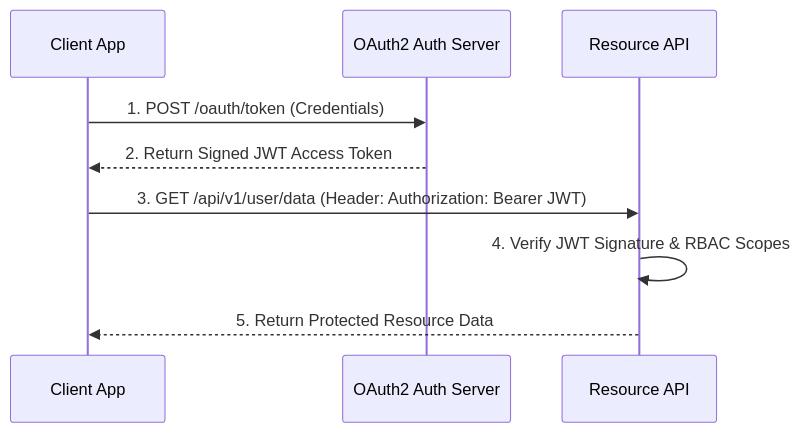
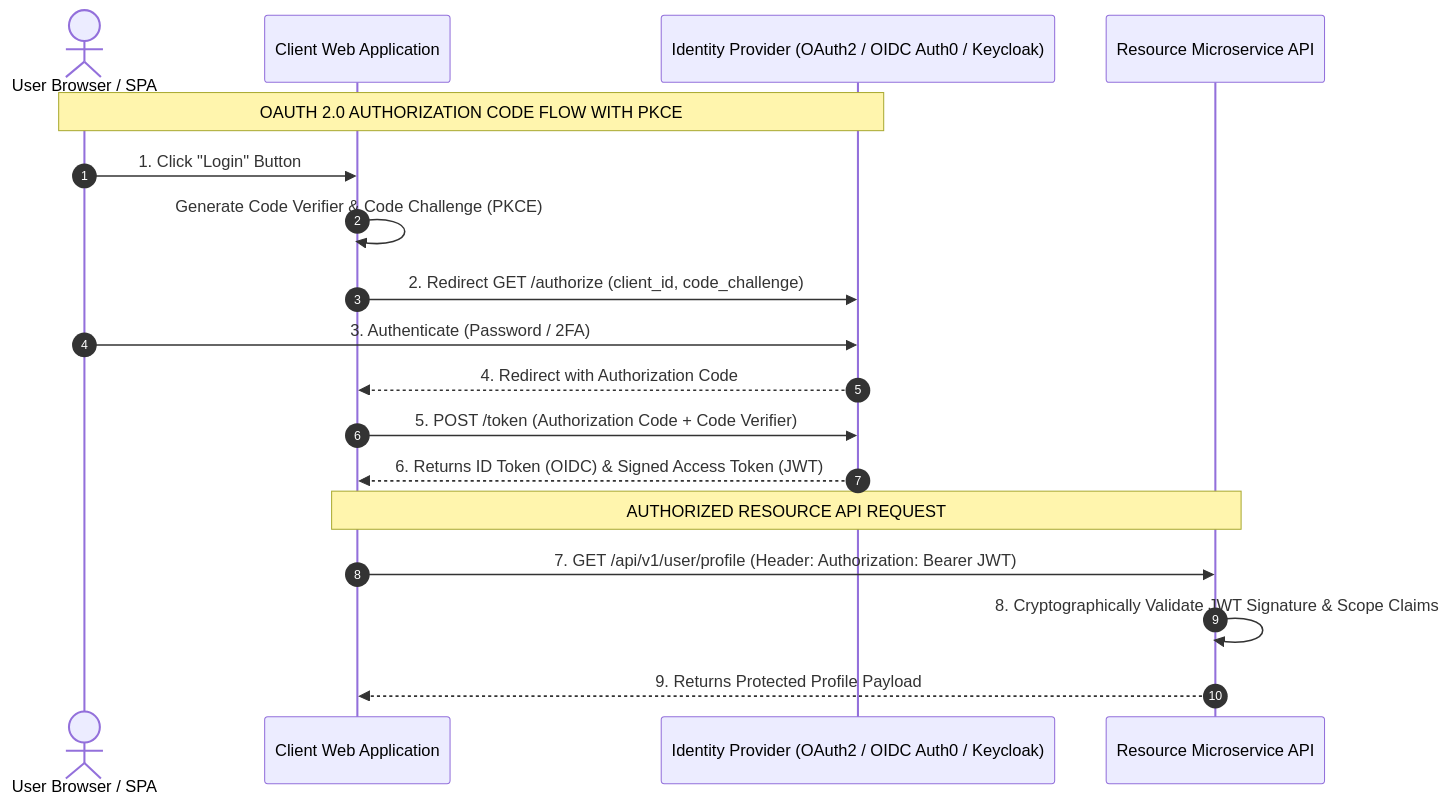
Before and after one commit to Amie-dev/engineering-playbook: the first of 3 diagrams in system-design-notes/34-security-fundamentals.md, drawn with Mermaid. The commit also changed other lines of this file and 33 other files, not shown here.

````diff
--- a/system-design-notes/34-security-fundamentals.md
+++ b/system-design-notes/34-security-fundamentals.md
@@ -10,12 +13,23 @@
 ```mermaid
 sequenceDiagram
-    participant User as Client App
-    participant AuthServer as OAuth2 Auth Server
-    participant ResourceServer as Resource API
+    autonumber
+    actor User as User Browser / SPA
+    participant App as Client Web Application
+    participant Auth as Identity Provider (OAuth2 / OIDC Auth0 / Keycloak)
+    participant API as Resource Microservice API
 
-    User->>AuthServer: 1. POST /oauth/token (Credentials)
-    AuthServer-->>User: 2. Return Signed JWT Access Token
-    User->>ResourceServer: 3. GET /api/v1/user/data (Header: Authorization: Bearer JWT)
-    ResourceServer->>ResourceServer: 4. Verify JWT Signature & RBAC Scopes
-    ResourceServer-->>User: 5. Return Protected Resource Data
+    note over User,Auth: OAUTH 2.0 AUTHORIZATION CODE FLOW WITH PKCE
+    User->>App: 1. Click "Login" Button
+    App->>App: Generate Code Verifier & Code Challenge (PKCE)
+    App->>Auth: 2. Redirect GET /authorize (client_id, code_challenge)
+    User->>Auth: 3. Authenticate (Password / 2FA)
+    Auth-->>App: 4. Redirect with Authorization Code
+    
+    App->>Auth: 5. POST /token (Authorization Code + Code Verifier)
+    Auth-->>App: 6. Returns ID Token (OIDC) & Signed Access Token (JWT)
+
+    note over App,API: AUTHORIZED RESOURCE API REQUEST
+    App->>API: 7. GET /api/v1/user/profile (Header: Authorization: Bearer JWT)
+    API->>API: 8. Cryptographically Validate JWT Signature & Scope Claims
+    API-->>App: 9. Returns Protected Profile Payload
 ```
````
